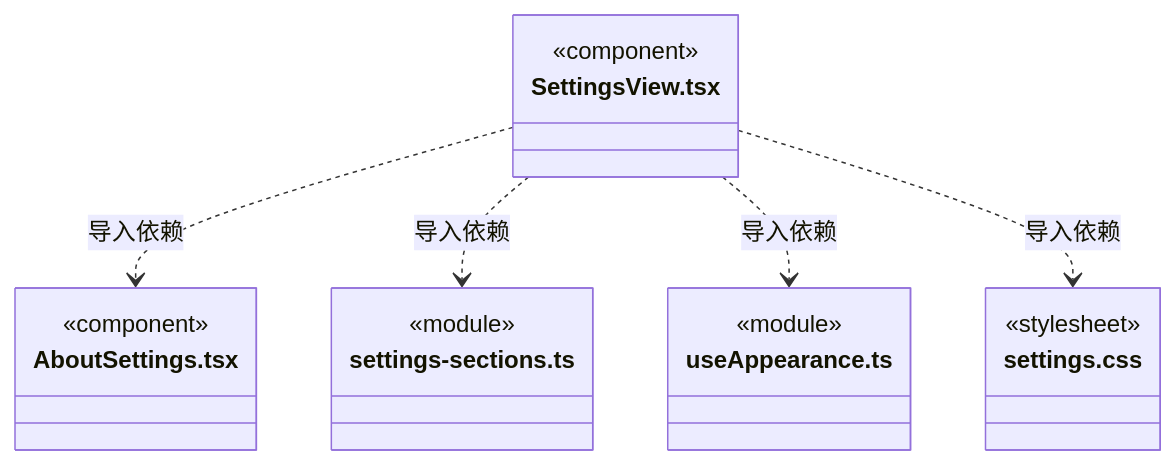
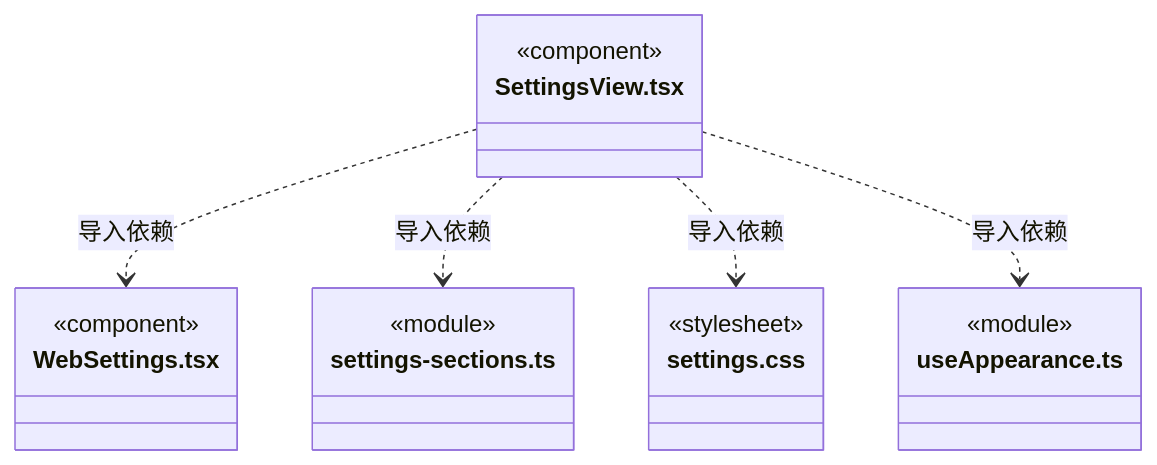
Before and after one commit to nan023062/cbim: diagram 33 of 34 in src/view/settings/ARCHITECTURE.md, drawn with Mermaid. The commit also changed other lines of this file and 112 other files, not shown here.

Commit message:
docs: align source architecture with current declarations and contracts

````diff
--- a/src/view/settings/ARCHITECTURE.md
+++ b/src/view/settings/ARCHITECTURE.md
@@ -649,22 +652,22 @@
 ```mermaid
 classDiagram
 class N_src_view_settings_SettingsView_tsx["SettingsView.tsx"] {
   <<component>>
 }
-class N_src_view_settings_AboutSettings_tsx["AboutSettings.tsx"] {
+class N_src_view_settings_WebSettings_tsx["WebSettings.tsx"] {
   <<component>>
 }
 class N_src_view_settings_settings_sections_ts["settings-sections.ts"] {
   <<module>>
 }
+class N_src_view_settings_settings_css["settings.css"] {
+  <<stylesheet>>
+}
 class N_src_view_settings_useAppearance_ts["useAppearance.ts"] {
   <<module>>
 }
-class N_src_view_settings_settings_css["settings.css"] {
-  <<stylesheet>>
-}
-N_src_view_settings_SettingsView_tsx ..> N_src_view_settings_AboutSettings_tsx : 导入依赖
+N_src_view_settings_SettingsView_tsx ..> N_src_view_settings_WebSettings_tsx : 导入依赖
 N_src_view_settings_SettingsView_tsx ..> N_src_view_settings_settings_sections_ts : 导入依赖
+N_src_view_settings_SettingsView_tsx ..> N_src_view_settings_settings_css : 导入依赖
 N_src_view_settings_SettingsView_tsx ..> N_src_view_settings_useAppearance_ts : 导入依赖
-N_src_view_settings_SettingsView_tsx ..> N_src_view_settings_settings_css : 导入依赖
 ```
````
